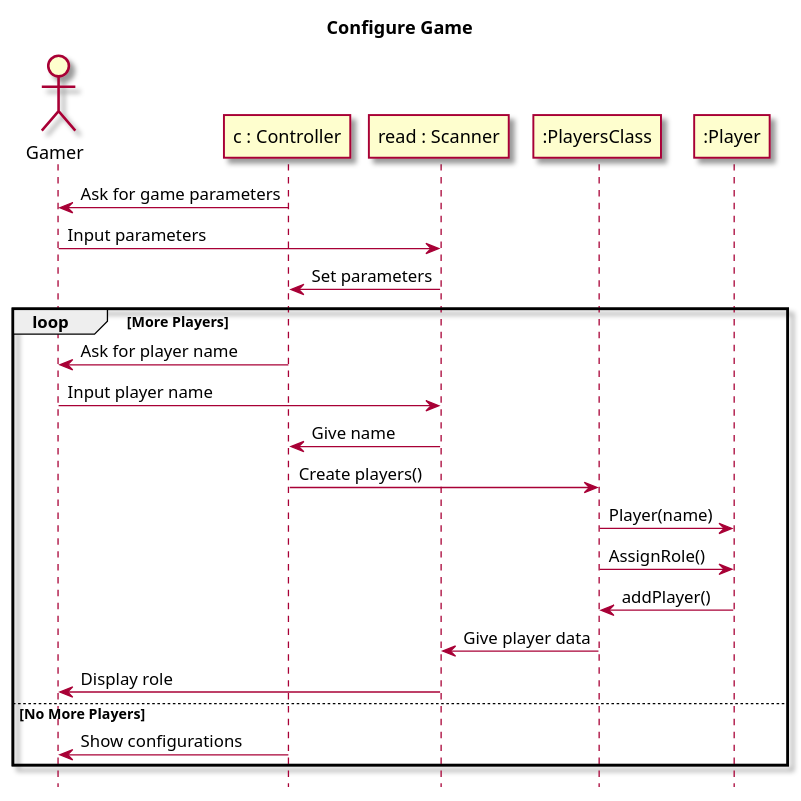
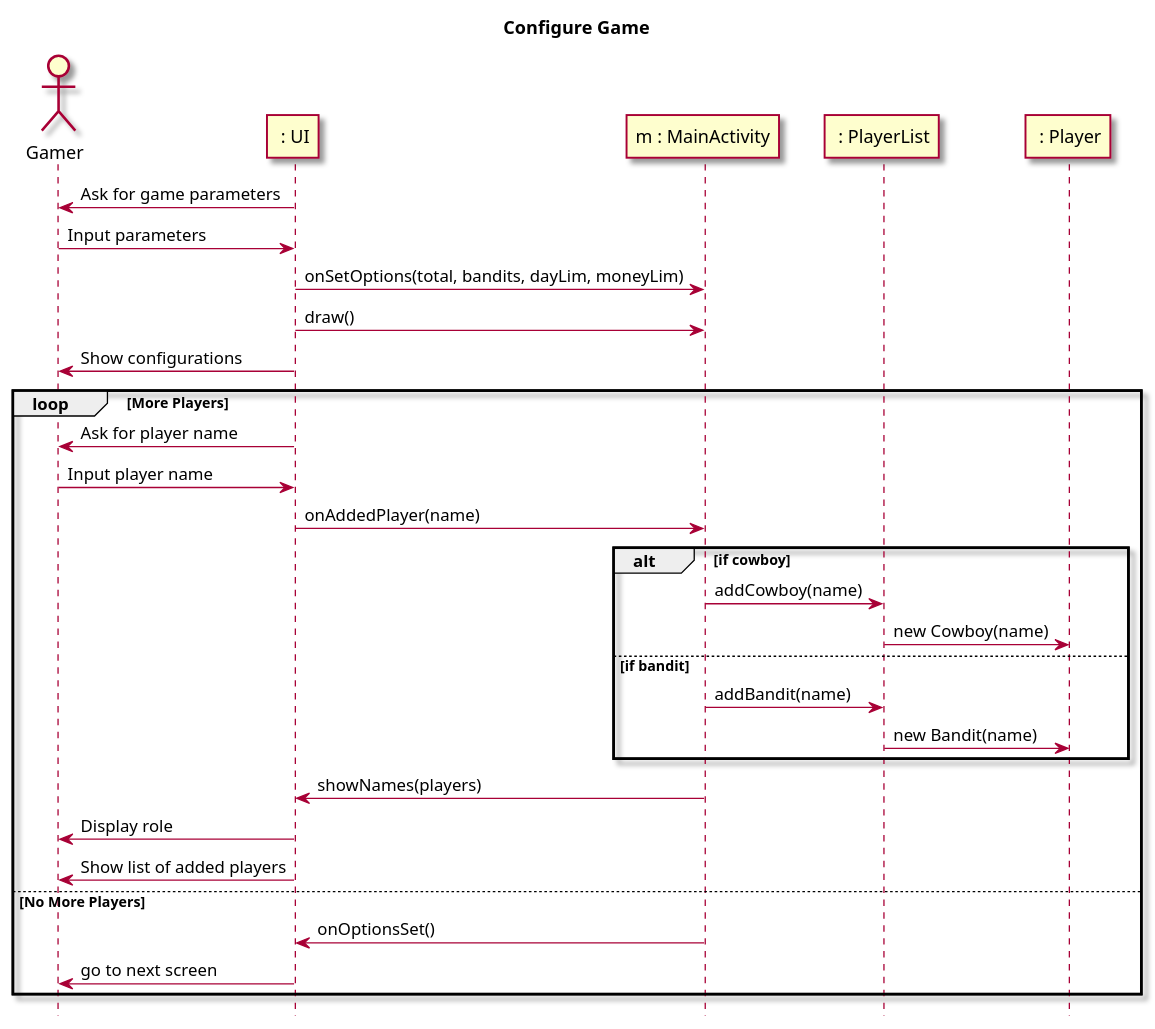
Before and after one commit to DeannaLC/AndroidProject: the first of 4 diagrams in intellij/doc/design.md, drawn with PlantUML. The commit also changed other lines of this file and 8 other files, not shown here.

Commit message:
Add Unit Tests and Update Sequence Diagrams

````diff
--- a/intellij/doc/design.md
+++ b/intellij/doc/design.md
@@ -1,34 +1,41 @@
 ```plantuml
 @startuml
 
 
 
 
 title Configure Game
 hide footbox
 skin rose
 
 actor Gamer as gamer
-participant "c : Controller" as control
-participant "read : Scanner" as UI
-participant ":PlayersClass" as players
-participant ":Player" as player
+participant " : UI" as UI
+participant "m : MainActivity" as main
+participant " : PlayerList" as players
+participant " : Player" as player
 
-control -> gamer: Ask for game parameters
+UI -> gamer: Ask for game parameters
 gamer -> UI: Input parameters
-UI -> control: Set parameters
+UI -> main: onSetOptions(total, bandits, dayLim, moneyLim)
+UI -> main: draw()
+UI -> gamer: Show configurations
 
 loop More Players
-control -> gamer: Ask for player name
+UI -> gamer: Ask for player name
 gamer -> UI: Input player name
-UI -> control: Give name
-control -> players: Create players()
-players -> player: Player(name)
-players -> player: AssignRole()
-player -> players: addPlayer()
-players -> UI: Give player data
+UI -> main : onAddedPlayer(name)
+alt if cowboy
+main -> players : addCowboy(name)
+players -> player : new Cowboy(name)
+else if bandit
+main -> players : addBandit(name)
+players -> player : new Bandit(name)
+end
+main -> UI : showNames(players)
 UI -> gamer: Display role
+UI -> gamer : Show list of added players
 else No More Players
-control -> gamer: Show configurations
+main -> UI : onOptionsSet()
+UI -> gamer : go to next screen
 end
 ```
````
